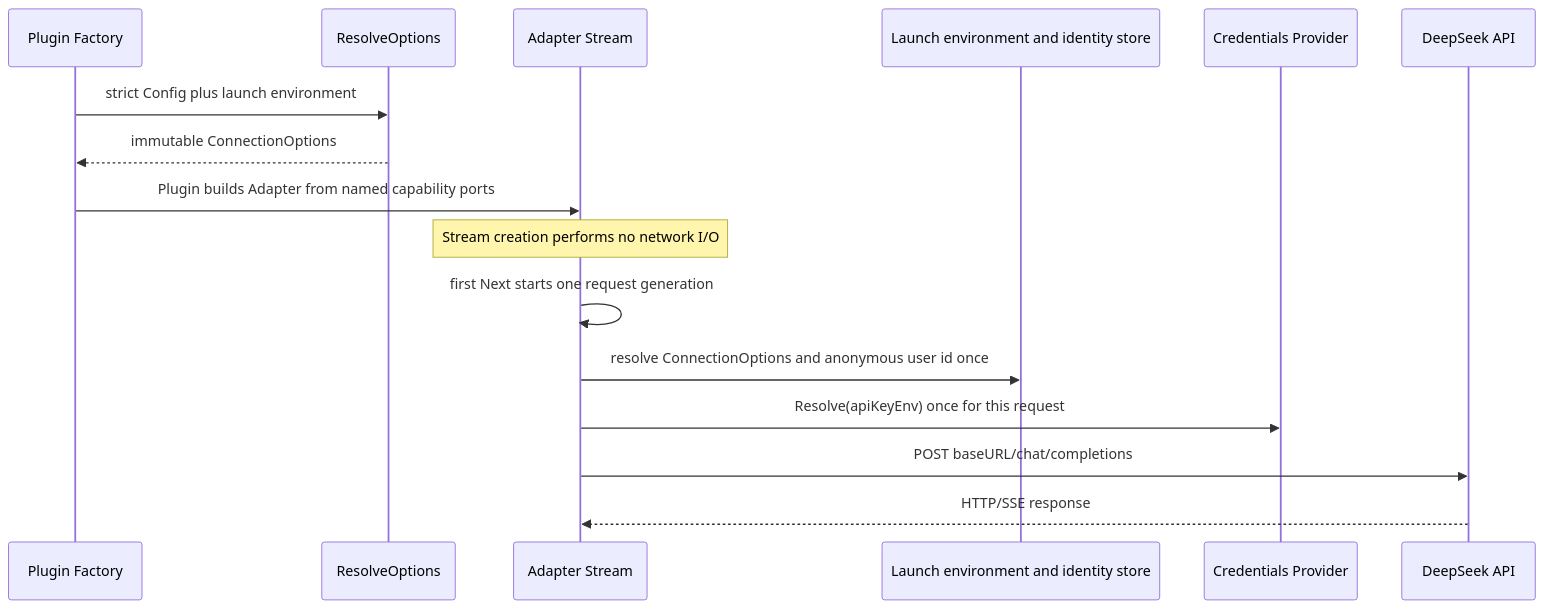
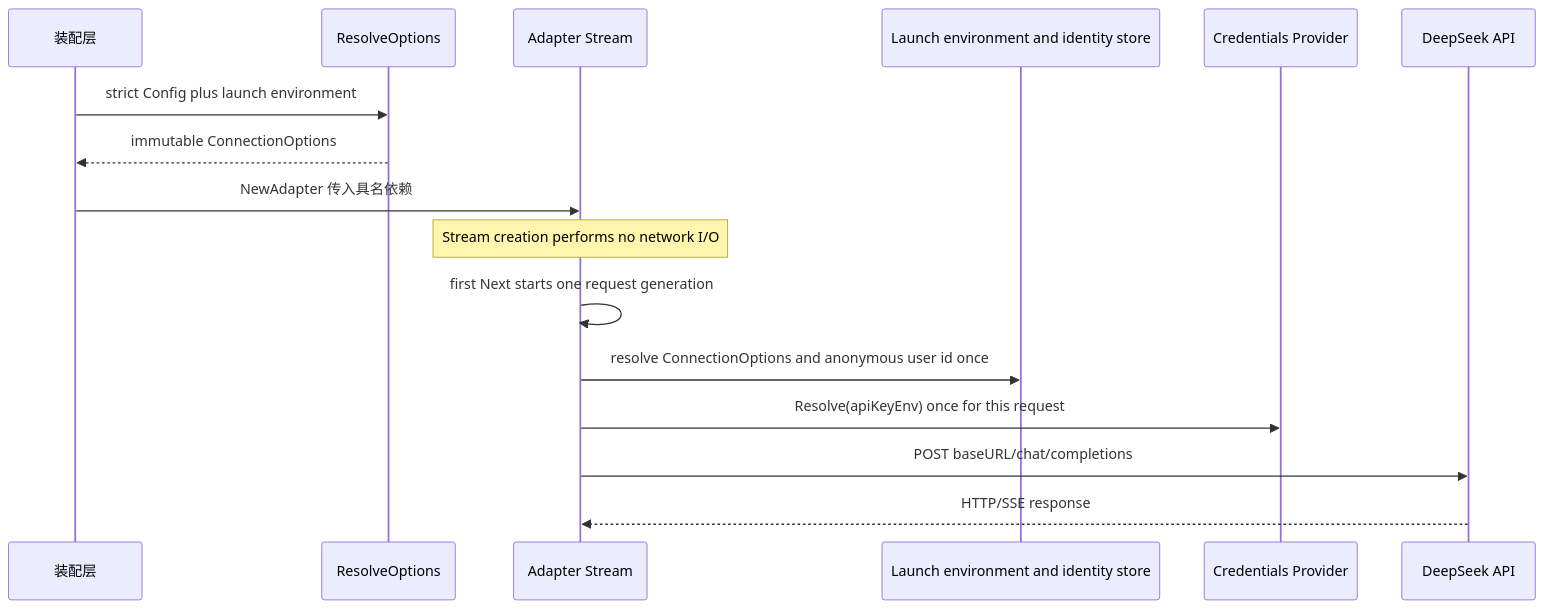
The second of 4 diagrams in llm/deepseek/README.zh-CN.md (gorenx/goren), drawn with Mermaid before and after one commit. The commit also changed other lines of this file and 7 other files, not shown here.

````diff
--- a/llm/deepseek/README.zh-CN.md
+++ b/llm/deepseek/README.zh-CN.md
@@ -95,19 +93,19 @@
 ```mermaid
 sequenceDiagram
-    participant C as Plugin Factory
+    participant C as 装配层
     participant R as ResolveOptions
     participant A as Adapter Stream
     participant E as Launch environment and identity store
     participant K as Credentials Provider
     participant D as DeepSeek API
 
     C->>R: strict Config plus launch environment
     R-->>C: immutable ConnectionOptions
-    C->>A: Plugin builds Adapter from named capability ports
+    C->>A: NewAdapter 传入具名依赖
     Note over A: Stream creation performs no network I/O
     A->>A: first Next starts one request generation
     A->>E: resolve ConnectionOptions and anonymous user id once
     A->>K: Resolve(apiKeyEnv) once for this request
     A->>D: POST baseURL/chat/completions
     D-->>A: HTTP/SSE response
 ```
````
